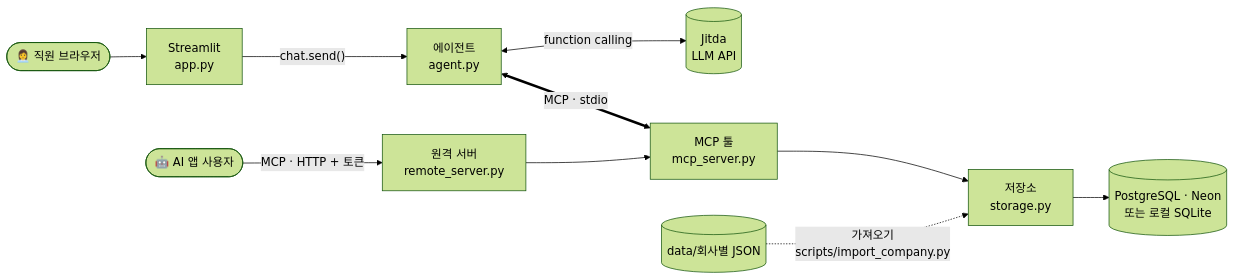
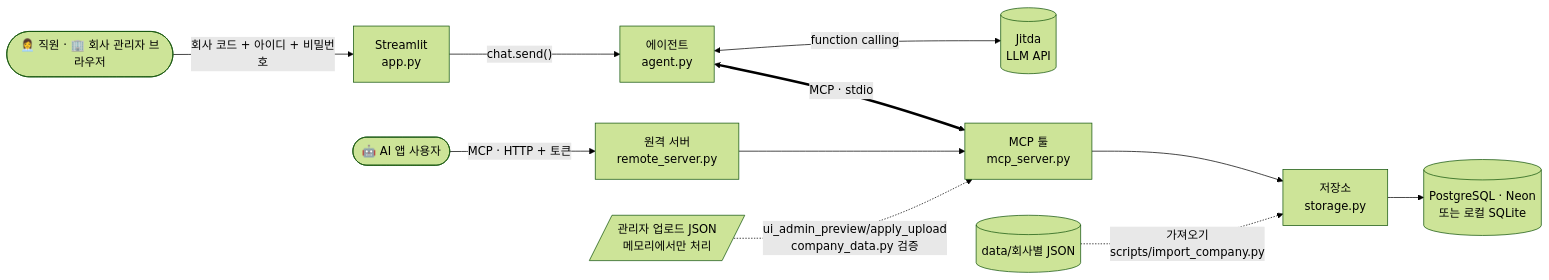
One commit to Byun-Gwan-Young/OG changed the diagram in docs/architecture.md. Above: the diagram before and after it, drawn with Mermaid (forest theme). The commit also changed other lines of this file and 32 other files, not shown here.

Commit message:
SaaS: 회사 등록, 회사 코드 로그인, 관리자 화면과 데이터 업로드

````diff
--- a/docs/architecture.md
+++ b/docs/architecture.md
@@ -7,12 +7,13 @@
 ```mermaid
 flowchart LR
-    E([👩‍💼 직원 브라우저]) --> UI[Streamlit<br/>app.py]
+    E([👩‍💼 직원 · 🏢 회사 관리자 브라우저]) -->|"회사 코드 + 아이디 + 비밀번호"| UI[Streamlit<br/>app.py]
     UI -->|"chat.send()"| AG[에이전트<br/>agent.py]
     AG <-->|function calling| LLM[(Jitda<br/>LLM API)]
     AG <==>|MCP · stdio| SV[MCP 툴<br/>mcp_server.py]
     A([🤖 AI 앱 사용자]) -->|"MCP · HTTP + 토큰"| RS[원격 서버<br/>remote_server.py]
     RS --> SV
     SV --> ST[저장소<br/>storage.py]
     ST --> DB[(PostgreSQL · Neon<br/>또는 로컬 SQLite)]
     D[(data/회사별 JSON)] -.->|"가져오기<br/>scripts/import_company.py"| ST
+    UP[/관리자 업로드 JSON<br/>메모리에서만 처리/] -.->|"ui_admin_preview/apply_upload<br/>company_data.py 검증"| SV
 ```
````
